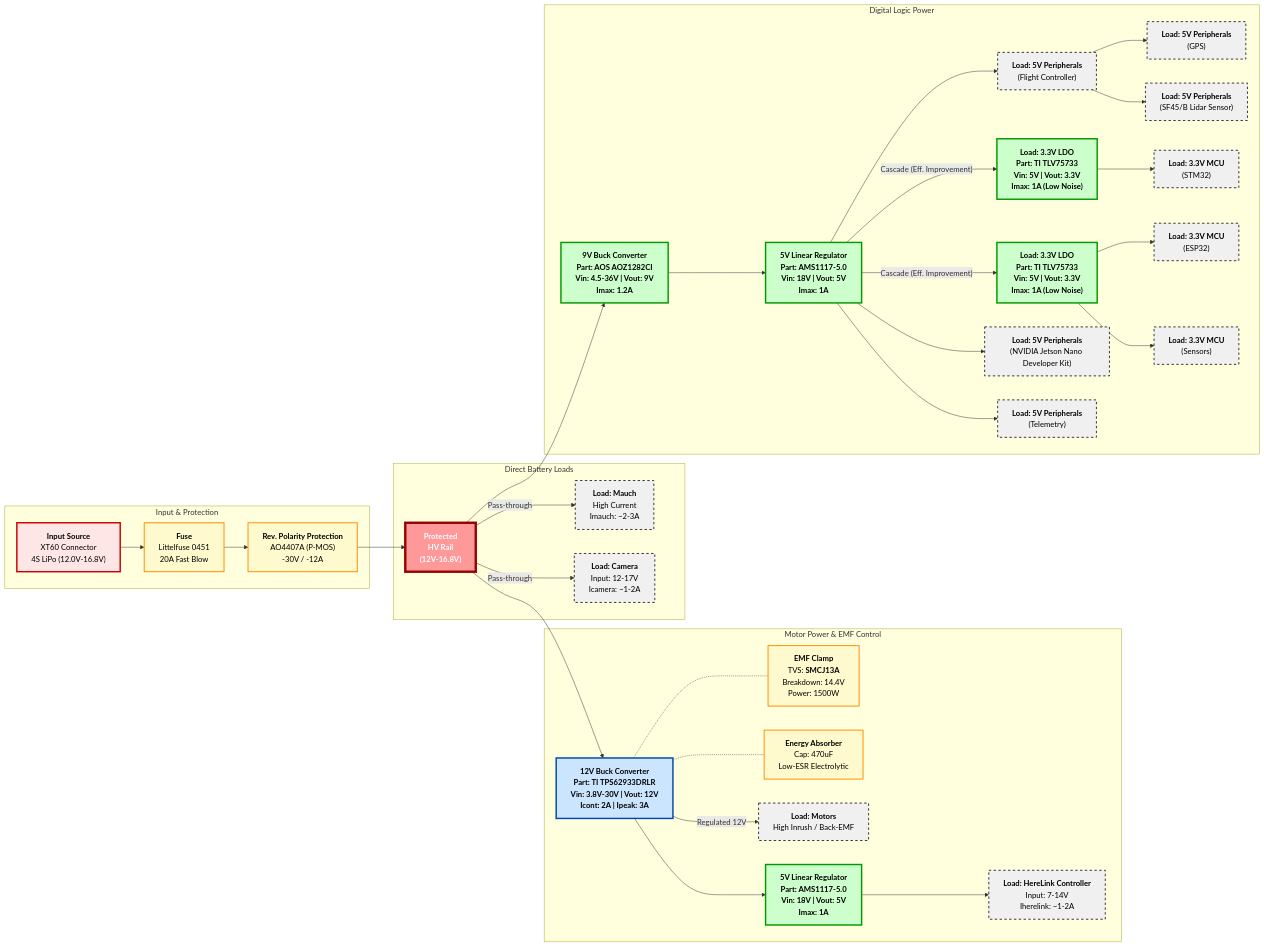
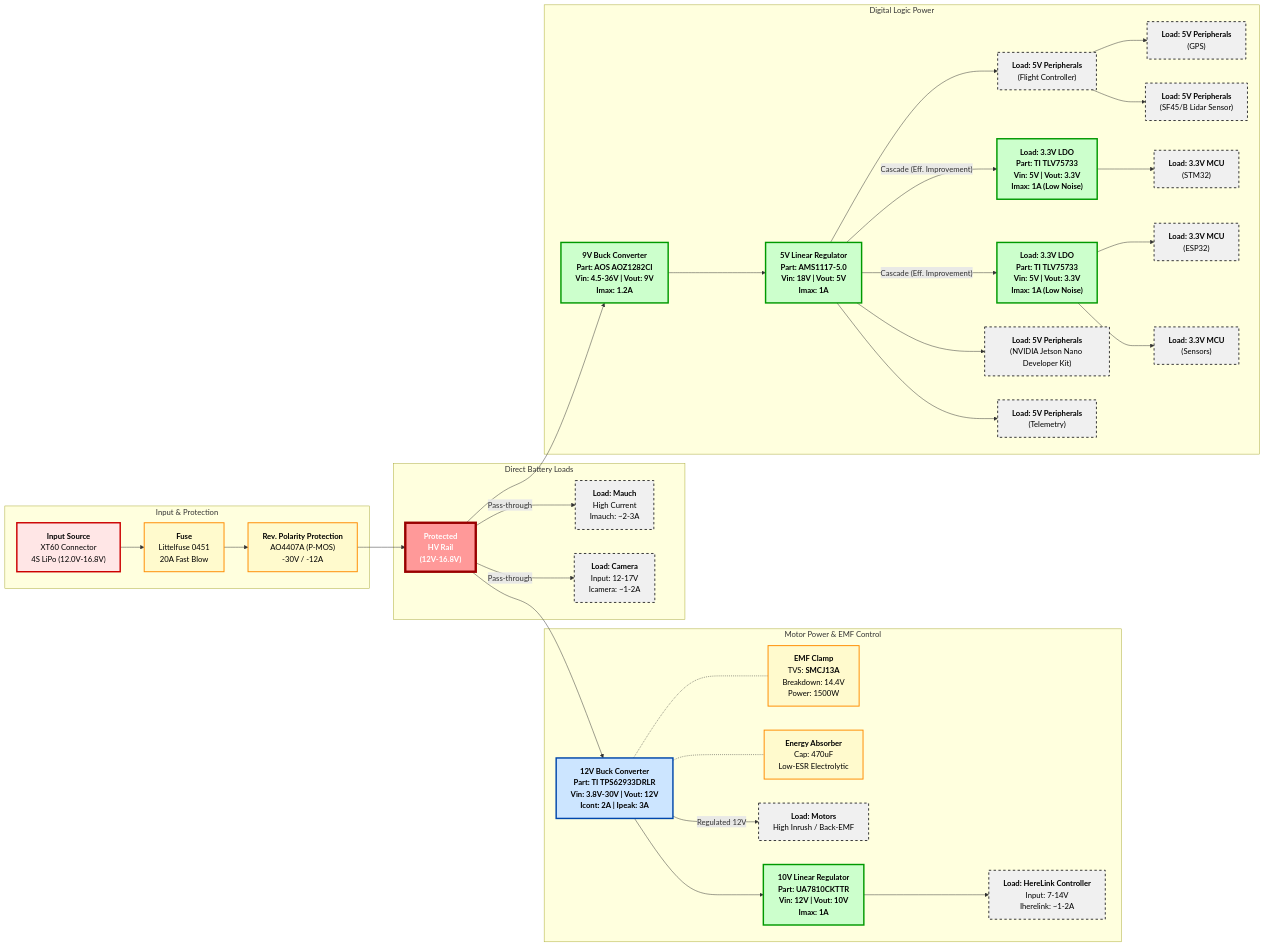
One commit to Alex-Eagles/Season_26_AE_Hardware_System changed the diagram in README.md. Above: the diagram before and after it, drawn with Mermaid.

Commit message:
Update BUCK555 details in README

```diff
--- a/README.md
+++ b/README.md
@@ -37,7 +37,7 @@
         BULK["<b>Energy Absorber</b><br/>Cap: 470uF<br/>Low-ESR Electrolytic"]:::protect
         
         MOTORS["<b>Load: Motors</b><br/>High Inrush / Back-EMF"]:::load
-        BUCK555["<b>5V Linear Regulator</b><br/>Part: <b>AMS1117-5.0</b><br/>Vin: 18V | Vout: 5V<br/>Imax: 1A"]:::reg5
+        BUCK555["<b>10V Linear Regulator</b><br/>Part: <b>UA7810CKTTR</b><br/>Vin: 12V | Vout: 10V<br/>Imax: 1A"]:::reg5
 
         Herelink["<b>Load: HereLink Controller</b><br/>Input: 7-14V<br/>Iherelink: ~1-2A"]:::load
         
@@ -89,7 +89,7 @@
     click BULK "https://www.lcsc.com/product-detail/C127917.html?s_z=n_35PX470MEFC10X12.5" "Rubycon 35PX470MEFC10X12.5 Datasheet"
     click BUCK12 "https://www.lcsc.com/product-detail/C3200405.html?s_z=n_buck%20convertor" "TI TPS62933DRLR Datasheet"
     click BUCK5 "https://www.lcsc.com/product-detail/C880753.html" "AMS1117-5.0 Datasheet"
-    click BUCK555 "https://www.lcsc.com/product-detail/C880753.html" "AMS1117-5.0 Datasheet"
+    click BUCK555 "[https://www.lcsc.com/product-detail/C880753.html](https://www.digikey.com/en/products/detail/texas-instruments/UA7810CKTTR/1204569)" "UA7810CKTTR"
     click LDO33 "https://www.lcsc.com/product-detail/C485517.html?s_z=n_%2520TI%2520TLV75733" "TI TLV75733PDBVR Datasheet"
     click LDO333 "https://www.lcsc.com/product-detail/C485517.html?s_z=n_%2520TI%2520TLV75733" "TI TLV75733PDBVR Datasheet"
     click MOOK "https://mauch-electronic.com/products/016-pl-2-6s-bec-2x5-35v-with-cfk-enclosure" "Mauch Datasheet"
```
